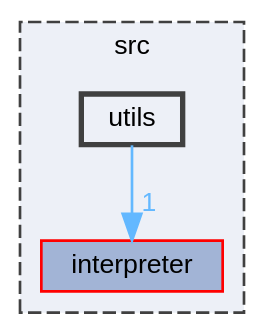
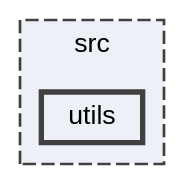
One commit to kejunp/kejunp.github.io changed the diagram in pebbl/docs/dir_313caf1132e152dd9b58bea13a4052ca_dep.dot. Above: the diagram before and after it, drawn with Graphviz. The commit also changed 95 other files, not shown here.

```diff
--- a/pebbl/docs/dir_313caf1132e152dd9b58bea13a4052ca_dep.dot
+++ b/pebbl/docs/dir_313caf1132e152dd9b58bea13a4052ca_dep.dot
@@ -1,14 +1,12 @@
 digraph "src/utils"
 {
  // LATEX_PDF_SIZE
   bgcolor="transparent";
   edge [fontname=Helvetica,fontsize=10,labelfontname=Helvetica,labelfontsize=10];
   node [fontname=Helvetica,fontsize=10,shape=box,height=0.2,width=0.4];
   compound=true
   subgraph clusterdir_68267d1309a1af8e8297ef4c3efbcdba {
     graph [ bgcolor="#edf0f7", pencolor="grey25", label="src", fontname=Helvetica,fontsize=10 style="filled,dashed", URL="dir_68267d1309a1af8e8297ef4c3efbcdba.html",tooltip=""]
-  dir_4904b5727094acb85f1fb3ce4b540d24 [label="interpreter", fillcolor="#a2b4d6", color="red", style="filled", URL="dir_4904b5727094acb85f1fb3ce4b540d24.html",tooltip=""];
   dir_313caf1132e152dd9b58bea13a4052ca [label="utils", fillcolor="#edf0f7", color="grey25", style="filled,bold", URL="dir_313caf1132e152dd9b58bea13a4052ca.html",tooltip=""];
   }
-  dir_313caf1132e152dd9b58bea13a4052ca->dir_4904b5727094acb85f1fb3ce4b540d24 [headlabel="1", labeldistance=1.5 headhref="dir_000007_000002.html" href="dir_000007_000002.html" color="steelblue1" fontcolor="steelblue1"];
 }
```
